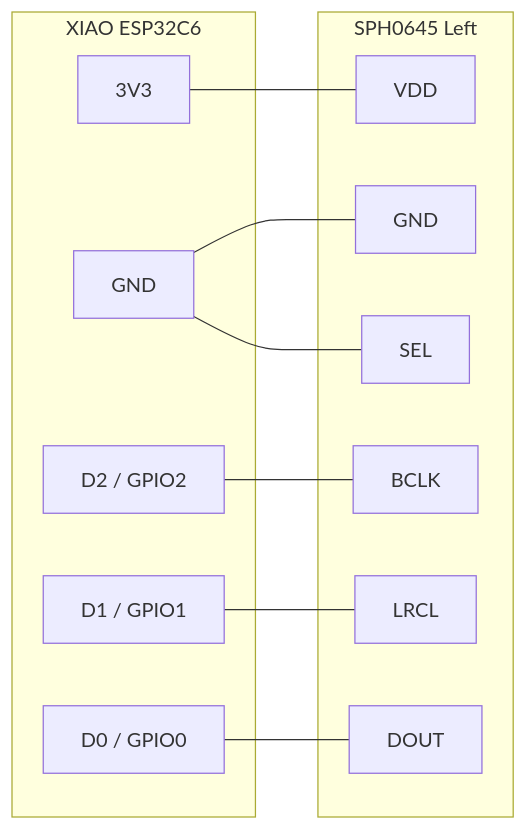
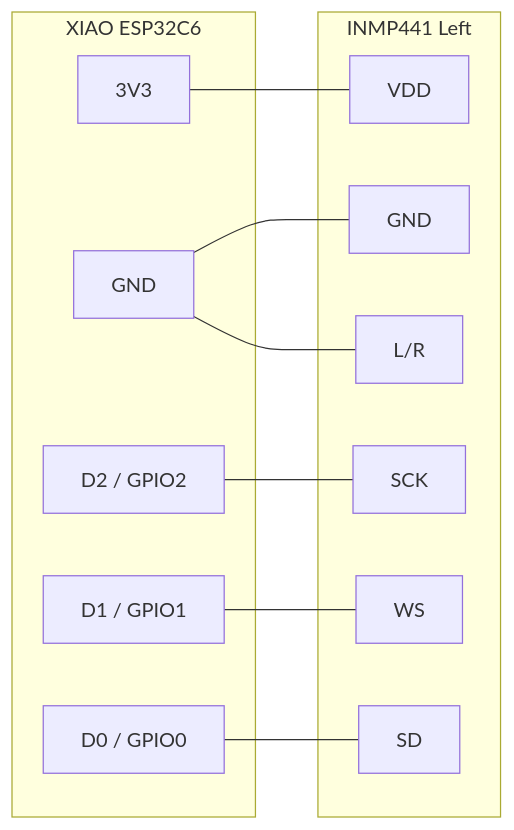
Before and after one commit to hashtagcyber/prawnd: the first of 4 diagrams in hardware/wiring.md, drawn with Mermaid. The commit also changed other lines of this file and 2 other files, not shown here.

First line of the commit message:
hardware: swap mic to INMP441 in wiring docs

````diff
--- a/hardware/wiring.md
+++ b/hardware/wiring.md
@@ -36,24 +37,24 @@
 ```mermaid
 flowchart LR
     subgraph XIAO[XIAO ESP32C6]
         X3V3[3V3]
         XGND[GND]
         XD2[D2 / GPIO2]
         XD1[D1 / GPIO1]
         XD0[D0 / GPIO0]
     end
-    subgraph ML[SPH0645 Left]
+    subgraph ML[INMP441 Left]
         LV[VDD]
         LG[GND]
-        LB[BCLK]
-        LW[LRCL]
-        LO[DOUT]
-        LS[SEL]
+        LB[SCK]
+        LW[WS]
+        LO[SD]
+        LS[L/R]
     end
     X3V3 --- LV
     XGND --- LG
     XGND --- LS
     XD2 --- LB
     XD1 --- LW
     XD0 --- LO
 ```
````
